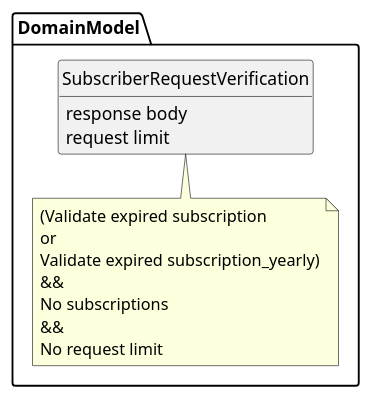
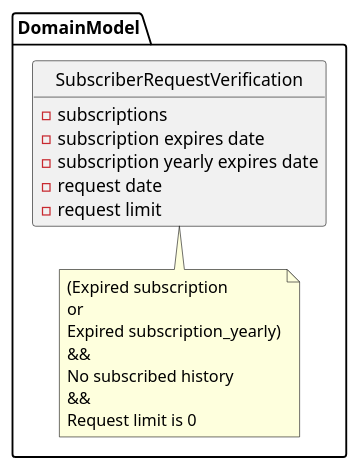
Before and after one commit to uuta/trander: the diagram in figures/DomainModels/SubscriberRequestVerification.pu, drawn with PlantUML. The commit also changed 2 other files, not shown here.

```diff
--- a/figures/DomainModels/SubscriberRequestVerification.pu
+++ b/figures/DomainModels/SubscriberRequestVerification.pu
@@ -1,12 +1,15 @@
 left to right direction
 
 hide circle
 hide method
 
 package DomainModel {
     class SubscriberRequestVerification
-    note top: (Validate expired subscription\nor\nValidate expired subscription_yearly)\n&&\nNo subscriptions\n&&\nNo request limit
+    note top: (Expired subscription\nor\nExpired subscription_yearly)\n&&\nNo subscribed history\n&&\nRequest limit is 0
 
-    SubscriberRequestVerification : response body
-    SubscriberRequestVerification : request limit
+    SubscriberRequestVerification : - subscriptions
+    SubscriberRequestVerification : - subscription expires date
+    SubscriberRequestVerification : - subscription yearly expires date
+    SubscriberRequestVerification : - request date
+    SubscriberRequestVerification : - request limit
 }
```
